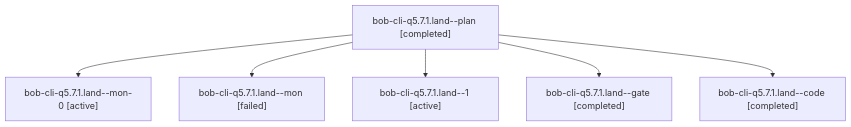
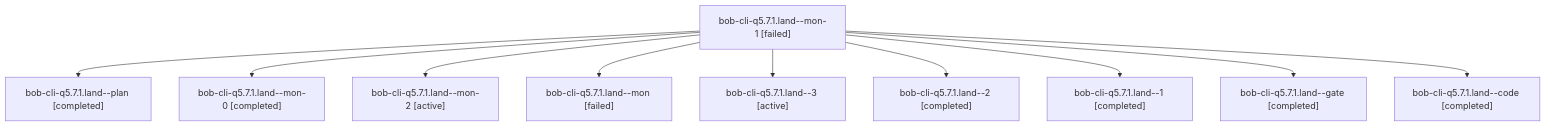
Before and after one commit to bobs-org/bob-cli--agents: the diagram in sessions/bbugyi200.athena.bob-cli-q5.7.1.land.md, drawn with Mermaid. The commit also changed other lines of this file and 158 other files, not shown here.

````diff
--- a/sessions/bbugyi200.athena.bob-cli-q5.7.1.land.md
+++ b/sessions/bbugyi200.athena.bob-cli-q5.7.1.land.md
@@ -9,14 +9,22 @@
 ```mermaid
 flowchart TD
-  n0["bob-cli-q5.7.1.land--plan [completed]"]
-  n1["bob-cli-q5.7.1.land--mon-0 [active]"]
+  n0["bob-cli-q5.7.1.land--mon-1 [failed]"]
+  n1["bob-cli-q5.7.1.land--plan [completed]"]
   n0 --> n1
-  n2["bob-cli-q5.7.1.land--mon [failed]"]
+  n2["bob-cli-q5.7.1.land--mon-0 [completed]"]
   n0 --> n2
-  n3["bob-cli-q5.7.1.land--1 [active]"]
+  n3["bob-cli-q5.7.1.land--mon-2 [active]"]
   n0 --> n3
-  n4["bob-cli-q5.7.1.land--gate [completed]"]
+  n4["bob-cli-q5.7.1.land--mon [failed]"]
   n0 --> n4
-  n5["bob-cli-q5.7.1.land--code [completed]"]
+  n5["bob-cli-q5.7.1.land--3 [active]"]
   n0 --> n5
+  n6["bob-cli-q5.7.1.land--2 [completed]"]
+  n0 --> n6
+  n7["bob-cli-q5.7.1.land--1 [completed]"]
+  n0 --> n7
+  n8["bob-cli-q5.7.1.land--gate [completed]"]
+  n0 --> n8
+  n9["bob-cli-q5.7.1.land--code [completed]"]
+  n0 --> n9
 ```
````
